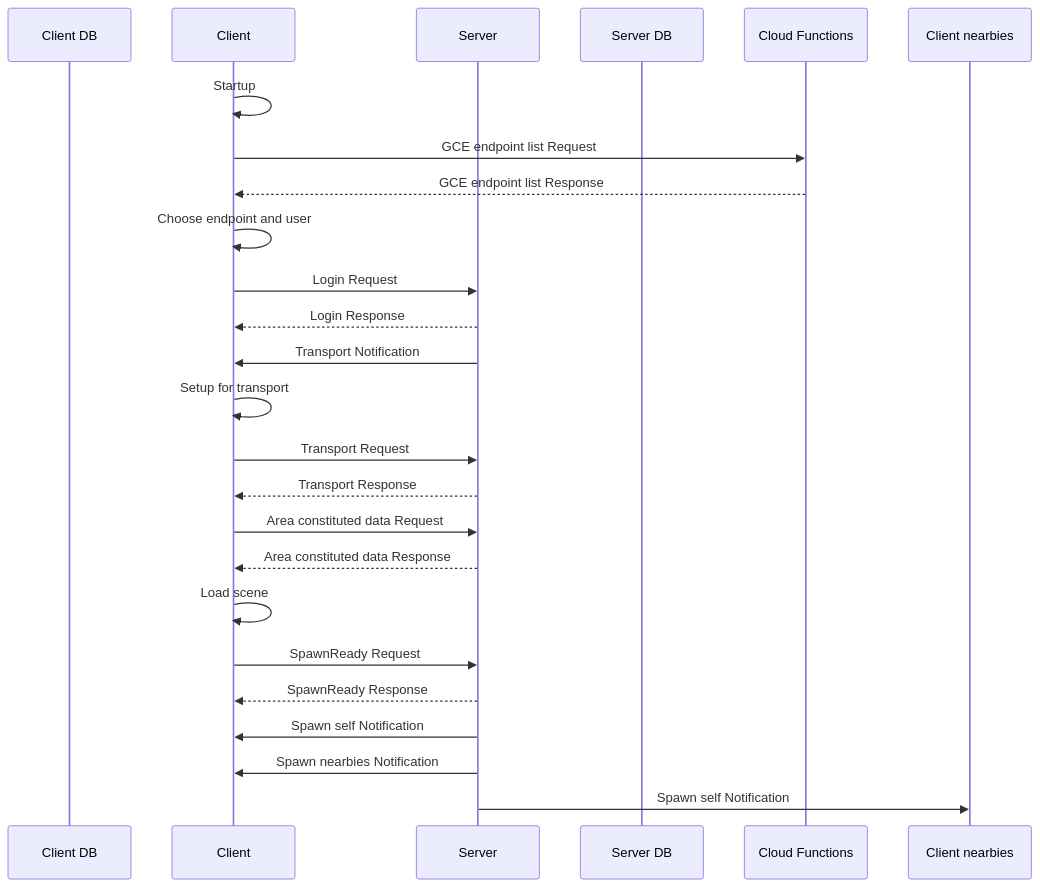
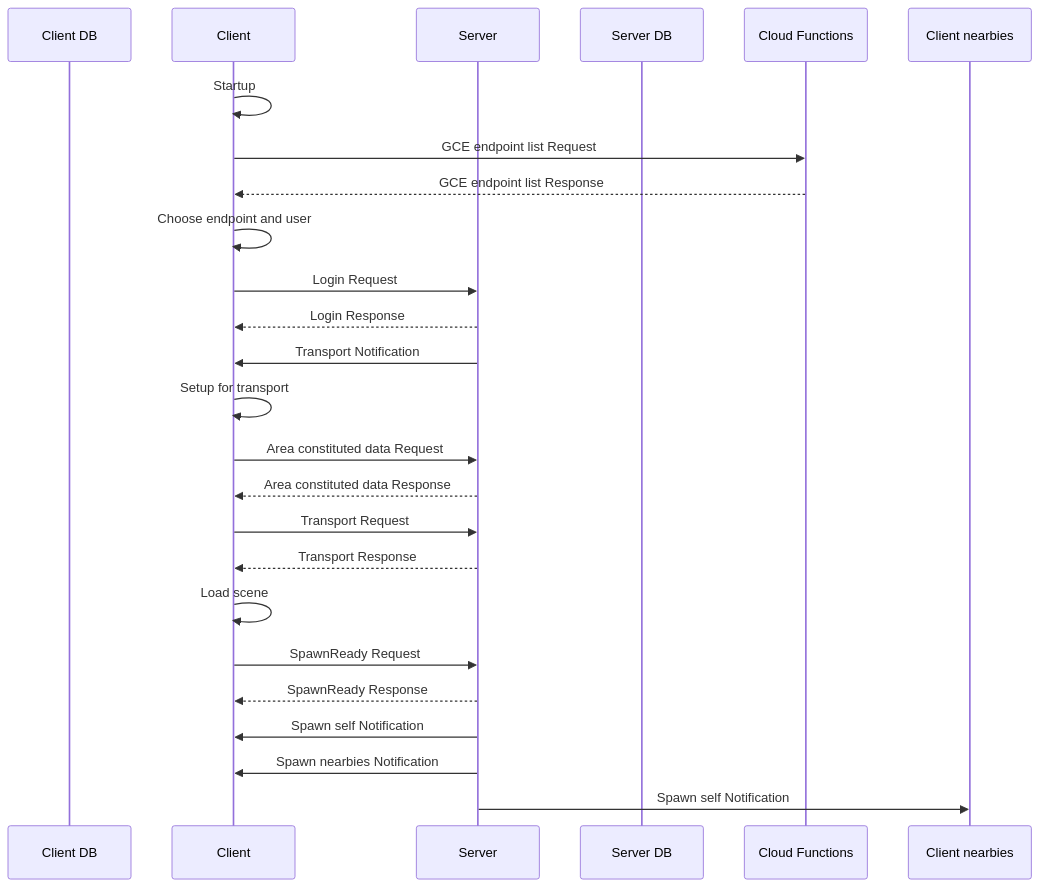
One commit to ttynsmr/potato changed the diagram in docs/network-sequences/login.md. Above: the diagram before and after it, drawn with Mermaid. The commit also changed other lines of this file, not shown here.

First line of the commit message:
fix sequence

````diff
--- a/docs/network-sequences/login.md
+++ b/docs/network-sequences/login.md
@@ -3,27 +3,27 @@
 ```mermaid
 sequenceDiagram
     participant Client DB
     participant Client
     participant Server
     participant Server DB
     participant Cloud Functions
     participant Client nearbies
     Client->>Client: Startup
     Client->>Cloud Functions: GCE endpoint list Request
     Cloud Functions-->>Client: GCE endpoint list Response
     Client->>Client: Choose endpoint and user
     Client->>Server: Login Request
     Server-->>Client: Login Response
     Server->>Client: Transport Notification 
     Client->>Client: Setup for transport
+    Client->>Server: Area constituted data Request
+    Server-->>Client: Area constituted data Response
     Client->>Server: Transport Request
     Server-->>Client: Transport Response
-    Client->>Server: Area constituted data Request
-    Server-->>Client: Area constituted data Response
     Client->>Client: Load scene
     Client->>Server: SpawnReady Request
     Server-->>Client: SpawnReady Response
     Server->>Client: Spawn self Notification
     Server->>Client: Spawn nearbies Notification
     Server->>Client nearbies: Spawn self Notification
 ```
````
